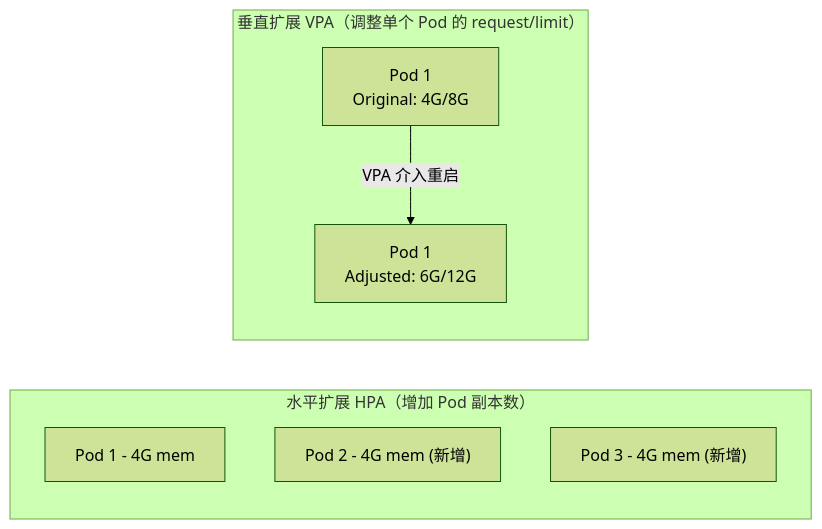
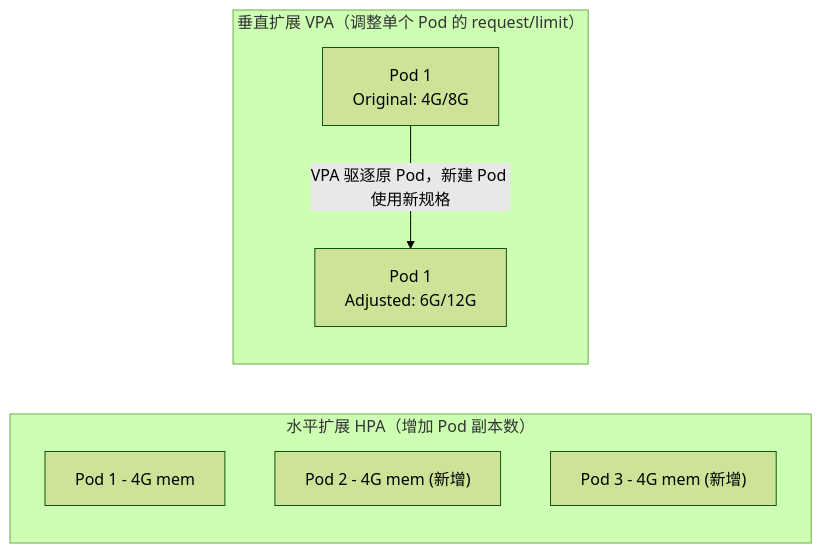
One commit to aibangjuxin/knowledge changed the second of 6 diagrams in k8s/docs/k8s-scale/k8s-resouce-autoscale.md. Above: the diagram before and after it, drawn with Mermaid (forest theme). The commit also changed other lines of this file, not shown here.

````diff
--- a/k8s/docs/k8s-scale/k8s-resouce-autoscale.md
+++ b/k8s/docs/k8s-scale/k8s-resouce-autoscale.md
@@ -94,14 +97,14 @@
 ```mermaid
 graph LR
     subgraph Horizontal["水平扩展 HPA（增加 Pod 副本数）"]
         H1["Pod 1 - 4G mem"]
         H2["Pod 2 - 4G mem (新增)"]
         H3["Pod 3 - 4G mem (新增)"]
     end
 
     subgraph Vertical["垂直扩展 VPA（调整单个 Pod 的 request/limit）"]
         V1["Pod 1\nOriginal: 4G/8G"]
         V2["Pod 1\nAdjusted: 6G/12G"]
-        V1 -->|VPA 介入重启| V2
+        V1 -->|VPA 驱逐原 Pod，新建 Pod 使用新规格| V2
     end
 ```
````
